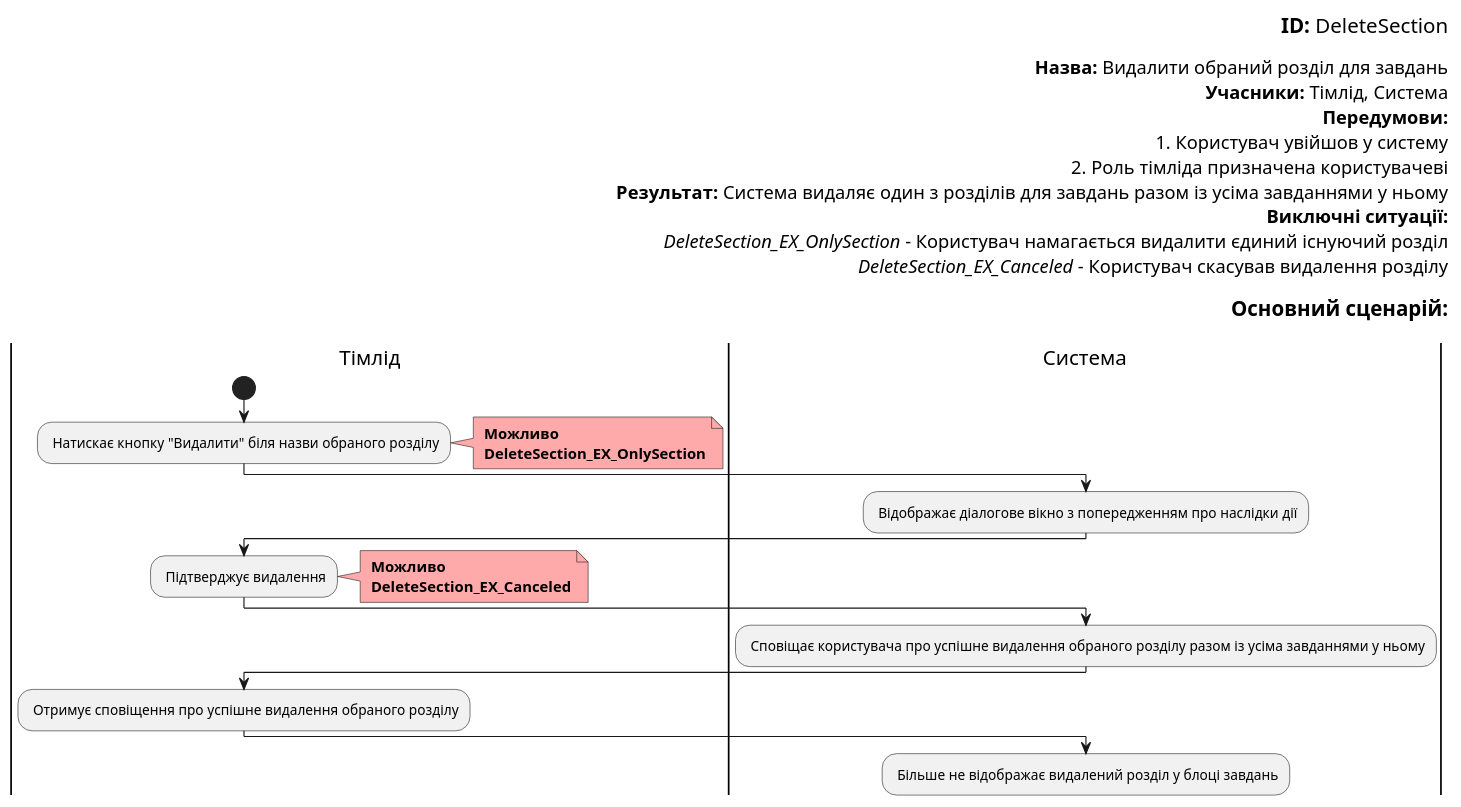
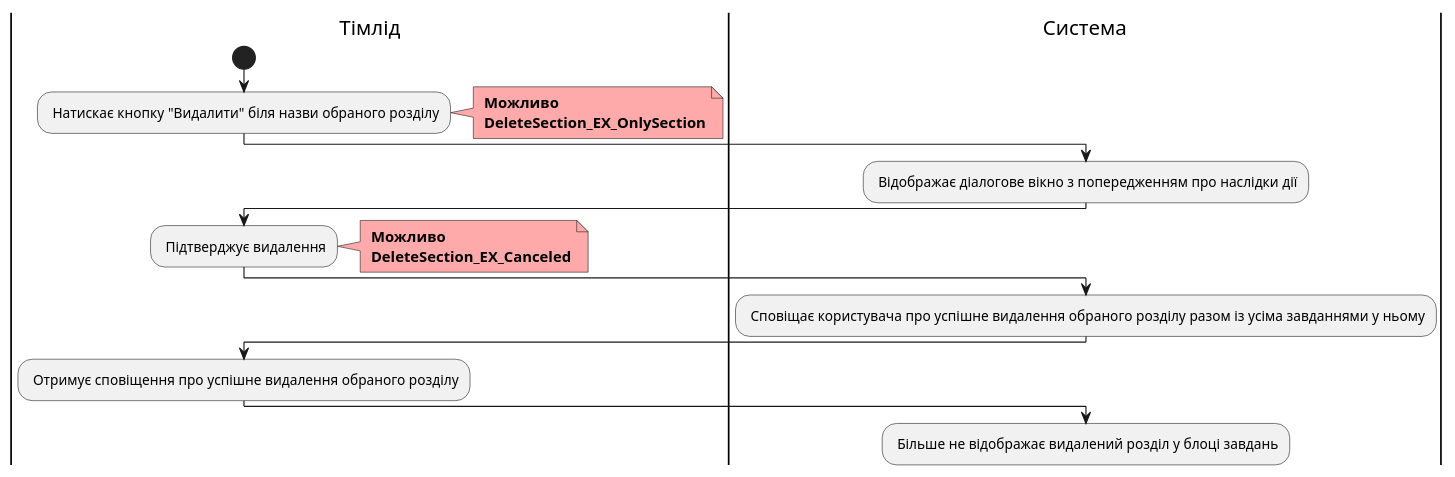
Diagram 11 of 19 in docs/use cases/README.md (boldak/edu-db-cw), drawn with PlantUML before and after one commit. The commit also changed other lines of this file, not shown here.

```diff
--- a/docs/use cases/README.md
+++ b/docs/use cases/README.md
@@ -641,47 +683,30 @@
 @startuml
-
-    right header        
-        <font color=000 size=18><b>ID:</b> DeleteSection
-
-        <font color=000 size=16><b>Назва:</b> Видалити обраний розділ для завдань
-        <font color=000 size=16><b>Учасники:</b> Тімлід, Система
-        <font color=000 size=16><b>Передумови:</b> 
-        <font color=000 size=16>1. Користувач увійшов у систему
-        <font color=000 size=16>2. Роль тімліда призначена користувачеві
-        <font color=000 size=16><b>Результат:</b> Система видаляє один з розділів для завдань разом із усіма завданнями у ньому
-        <font color=000 size=16><b>Виключні ситуації:</b>
-        <font color=000 size=16> <i>DeleteSection_EX_OnlySection</i> - Користувач намагається видалити єдиний існуючий розділ
-        <font color=000 size=16><i>DeleteSection_EX_Canceled</i> - Користувач скасував видалення розділу
-
-        <font color=000 size=18><b>Основний сценарій:</b>
-        
-    end header
 
     |Тімлід|
         start
         : Натискає кнопку "Видалити" біля назви обраного розділу;
         note right #ffaaaa
         <b> Можливо
         <b> DeleteSection_EX_OnlySection
         end note
 
     |Система|
         : Відображає діалогове вікно з попередженням про наслідки дії;
 
     |Тімлід|
         : Підтверджує видалення;
         note right #ffaaaa
         <b> Можливо
         <b> DeleteSection_EX_Canceled
         end note
 
     |Система|
         : Сповіщає користувача про успішне видалення обраного розділу разом із усіма завданнями у ньому;
 
     |Тімлід|
         : Отримує сповіщення про успішне видалення обраного розділу;  
 
     |Система|
         : Більше не відображає видалений розділ у блоці завдань;  
 
 @enduml
```
